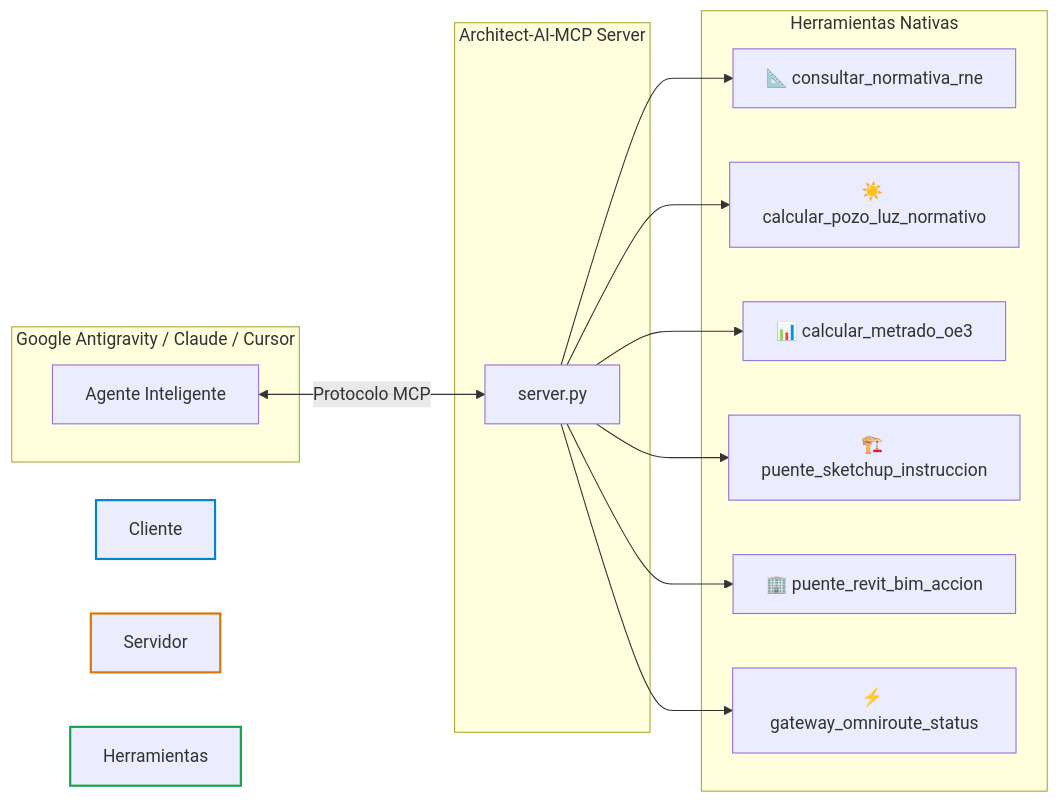
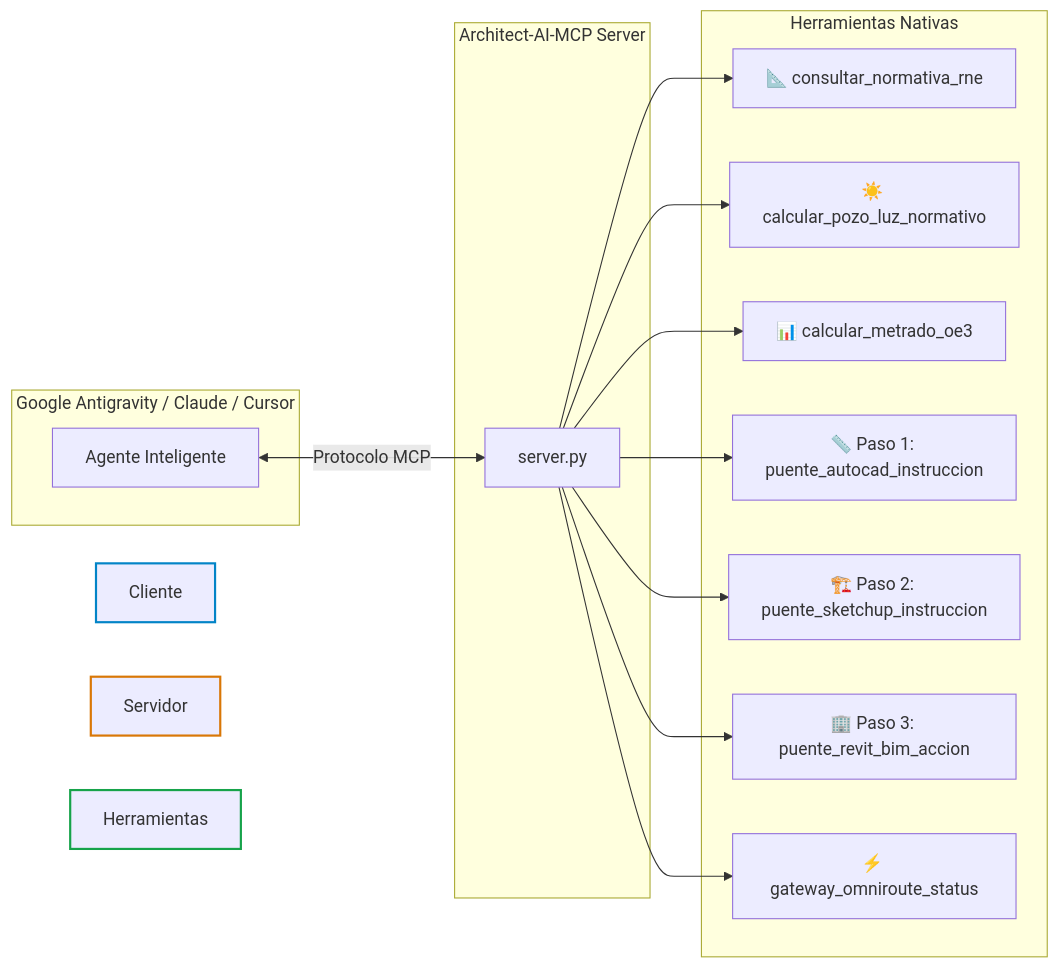
One commit to MickyAngs/Architect-AI-MCP changed the diagram in README.md. Above: the diagram before and after it, drawn with Mermaid. The commit also changed other lines of this file and 3 other files, not shown here.

Commit message:
feat: Add 3-step architectural workflow (AutoCAD 2D, SketchUp 3D, Revit BIM 5D) and clean cache

````diff
--- a/README.md
+++ b/README.md
@@ -29,21 +29,22 @@
 ```mermaid
 flowchart LR
     subgraph Cliente IA [Google Antigravity / Claude / Cursor]
         A[Agente Inteligente]
     end
     subgraph Servidor MCP [Architect-AI-MCP Server]
         B[server.py]
     end
     subgraph Herramientas Nativas
         B --> T1[📐 consultar_normativa_rne]
         B --> T2[☀️ calcular_pozo_luz_normativo]
         B --> T3[📊 calcular_metrado_oe3]
-        B --> T4[🏗️ puente_sketchup_instruccion]
-        B --> T5[🏢 puente_revit_bim_accion]
-        B --> T6[⚡ gateway_omniroute_status]
+        B --> T4[📏 Paso 1: puente_autocad_instruccion]
+        B --> T5[🏗️ Paso 2: puente_sketchup_instruccion]
+        B --> T6[🏢 Paso 3: puente_revit_bim_accion]
+        B --> T7[⚡ gateway_omniroute_status]
     end
     A <-->|Protocolo MCP| B
     style Cliente IA fill:#f8fafc,stroke:#0284c7,stroke-width:2px
     style Servidor MCP fill:#fef3c7,stroke:#d97706,stroke-width:2px
     style Herramientas Nativas fill:#f0fdf4,stroke:#16a34a,stroke-width:2px
 ```
````
